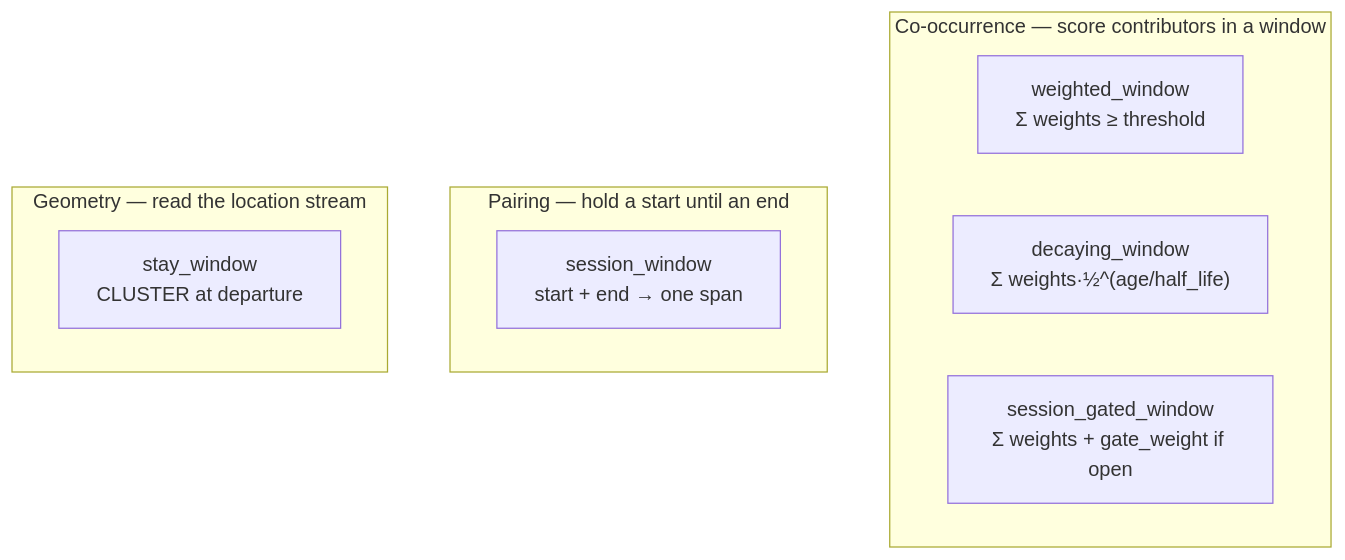
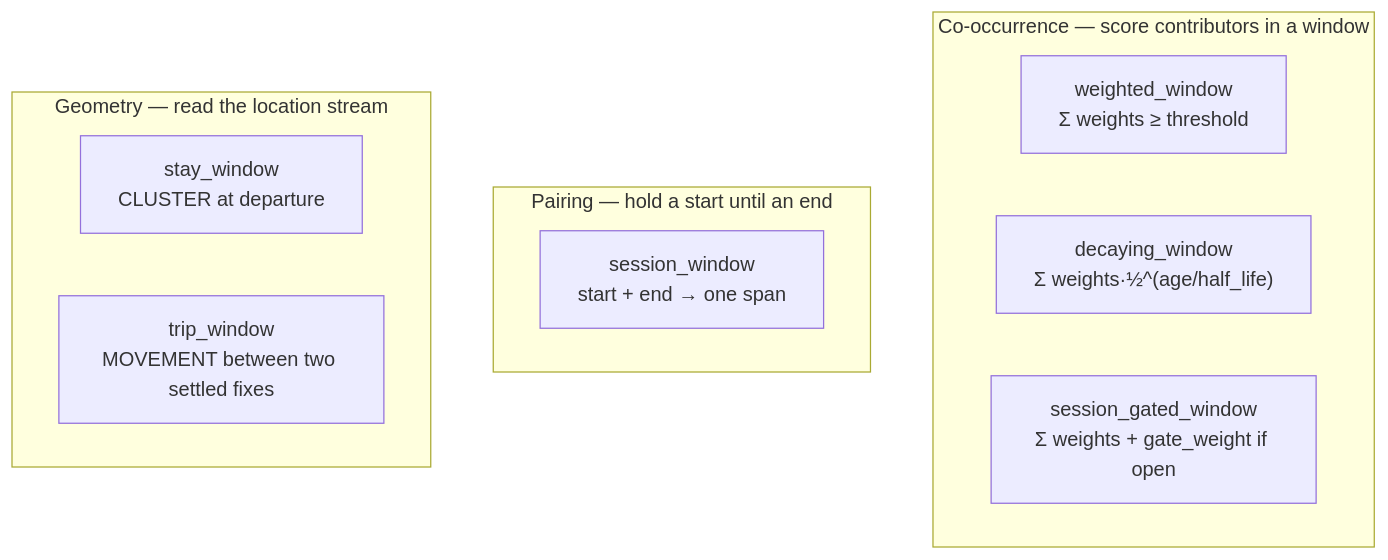
One commit to rodis/inference changed diagram 12 of 14 in doc/core.md. Above: the diagram before and after it, drawn with Mermaid. The commit also changed other lines of this file and 11 other files, not shown here.

````diff
--- a/doc/core.md
+++ b/doc/core.md
@@ -1036,14 +1053,15 @@
 ```mermaid
 flowchart TB
     subgraph co["Co-occurrence — score contributors in a window"]
         ww["weighted_window<br/>Σ weights ≥ threshold"]
         dw["decaying_window<br/>Σ weights·½^(age/half_life)"]
         sgw["session_gated_window<br/>Σ weights + gate_weight if open"]
     end
     subgraph pair["Pairing — hold a start until an end"]
         sw["session_window<br/>start + end → one span"]
     end
     subgraph geo["Geometry — read the location stream"]
         stw["stay_window<br/>CLUSTER at departure"]
+        tw["trip_window<br/>MOVEMENT between two settled fixes"]
     end
 ```
````
